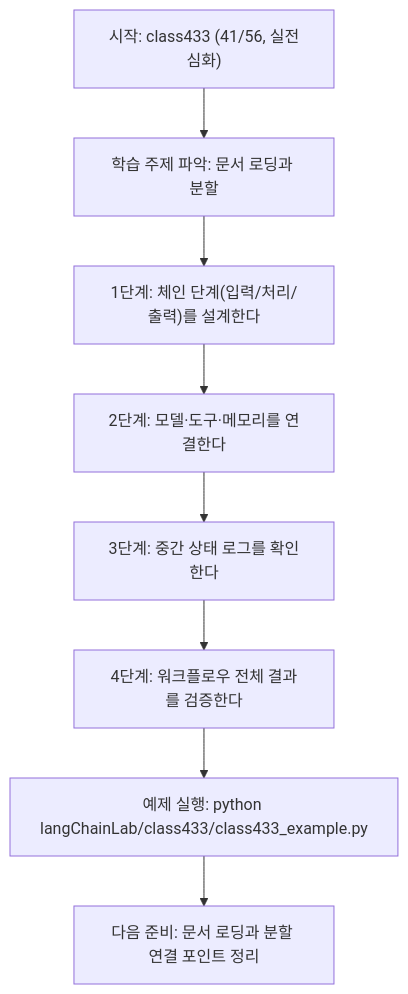
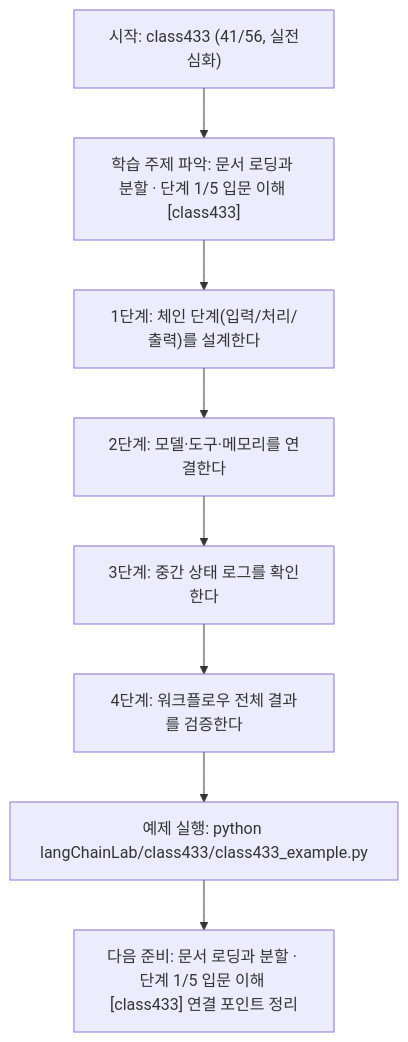
One commit to edumgt/Python-AI_Agent-Class changed the diagram in langChainLab/class433/class433.md. Above: the diagram before and after it, drawn with Mermaid. The commit also changed other lines of this file and 522 other files, not shown here.

````diff
--- a/langChainLab/class433/class433.md
+++ b/langChainLab/class433/class433.md
@@ -109,18 +110,18 @@
 ```mermaid
 flowchart TD
 N1["시작: class433 (41/56, 실전심화)"]
-N2["학습 주제 파악: 문서 로딩과 분할"]
+N2["학습 주제 파악: 문서 로딩과 분할 · 단계 1/5 입문 이해 [class433]"]
 N3["1단계: 체인 단계(입력/처리/출력)를 설계한다"]
 N4["2단계: 모델·도구·메모리를 연결한다"]
 N5["3단계: 중간 상태 로그를 확인한다"]
 N6["4단계: 워크플로우 전체 결과를 검증한다"]
 N7["예제 실행: python langChainLab/class433/class433_example.py"]
-N8["다음 준비: 문서 로딩과 분할 연결 포인트 정리"]
+N8["다음 준비: 문서 로딩과 분할 · 단계 1/5 입문 이해 [class433] 연결 포인트 정리"]
 N1 --> N2
 N2 --> N3
 N3 --> N4
 N4 --> N5
 N5 --> N6
 N6 --> N7
 N7 --> N8
 ```
````
